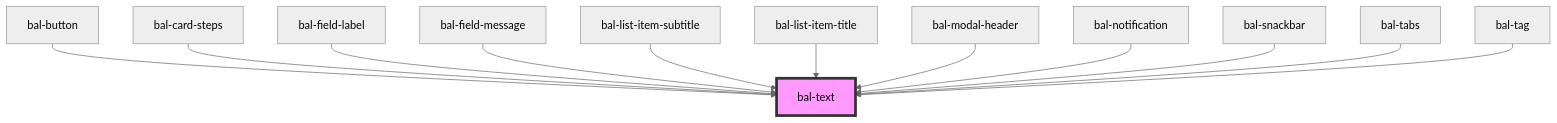
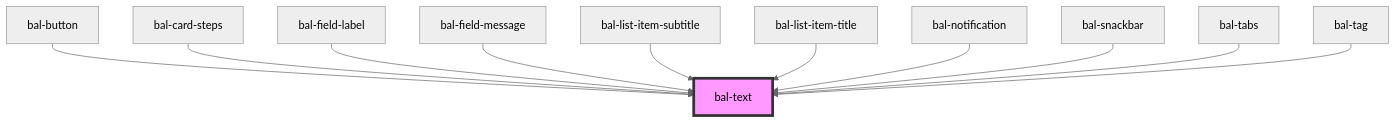
The diagram in packages/library/src/components/bal-text/readme.md (baloise/design-system), drawn with Mermaid (neutral theme) before and after one commit. The commit also changed other lines of this file and 13 other files, not shown here.

````diff
--- a/packages/library/src/components/bal-text/readme.md
+++ b/packages/library/src/components/bal-text/readme.md
@@ -33,15 +32,14 @@
 ```mermaid
 graph TD;
   bal-button --> bal-text
   bal-card-steps --> bal-text
   bal-field-label --> bal-text
   bal-field-message --> bal-text
   bal-list-item-subtitle --> bal-text
   bal-list-item-title --> bal-text
-  bal-modal-header --> bal-text
   bal-notification --> bal-text
   bal-snackbar --> bal-text
   bal-tabs --> bal-text
   bal-tag --> bal-text
   style bal-text fill:#f9f,stroke:#333,stroke-width:4px
 ```
````
